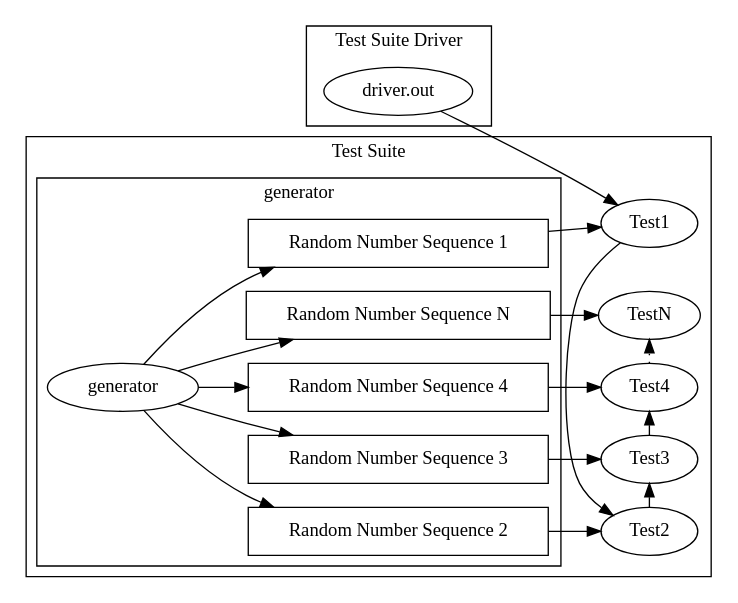
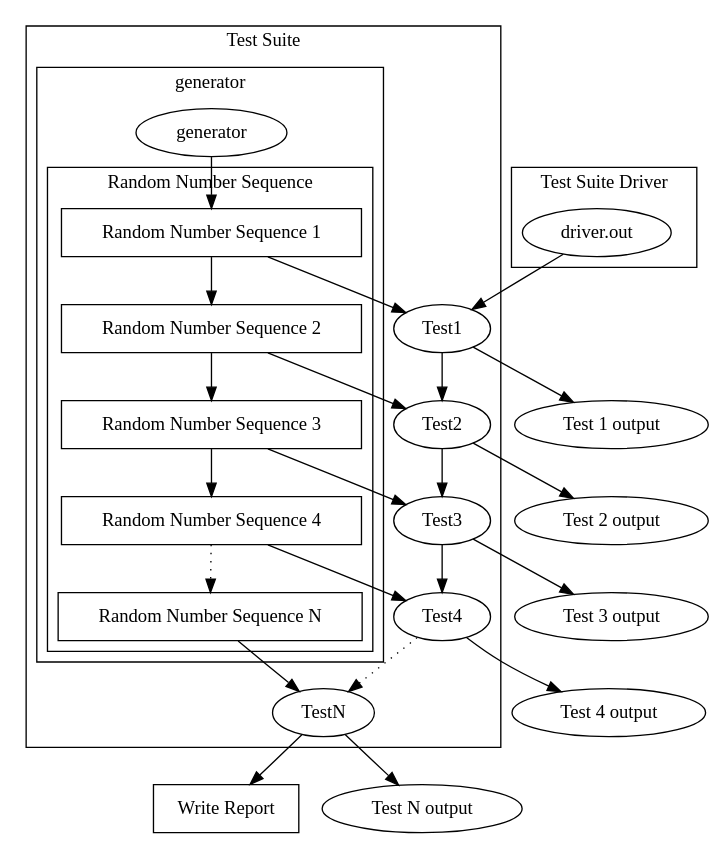
One commit to rski/project-poster changed the diagram in testu01_serial_valid.dot. Above: the diagram before and after it, drawn with Graphviz.

Commit message:
make the sequences a subgraph of generator, add test outputs

```diff
--- a/testu01_serial_valid.dot
+++ b/testu01_serial_valid.dot
@@ -1,38 +1,47 @@
 digraph Testu1_serial {
-  rankdir=LR;
+  Report [ shape = box, label = "Write Report"];
   subgraph cluster_test_suite_driver{
     label = "Test Suite Driver";
     rank = same;
     "driver.out";
     }
   subgraph cluster_test_suite {
     label = "Test Suite";
     rank = same;
     Test1;
-    Test1 -> Test2 [constraint=false];
-    Test2 -> Test3 [constraint=false];
-    Test3 -> Test4 [constraint=false];
-    Test4 -> TestN [constraint=false, style=dotted];
-  subgraph cluster_generator {
-    label = "generator"
-    rank = same;
-    generator [constraint = false] ;
-    randomNumberSeq1 [ shape = box, label = "Random Number Sequence 1" ];
-    randomNumberSeq2 [ shape = box, label = "Random Number Sequence 2" ];
-    randomNumberSeq3 [ shape = box, label = "Random Number Sequence 3" ];
-    randomNumberSeq4 [ shape = box, label = "Random Number Sequence 4" ];
-    randomNumberSeqN [ shape = box, label = "Random Number Sequence N" ];
-    generator -> randomNumberSeq1;
-    generator -> randomNumberSeq2;
-    generator -> randomNumberSeq3;
-    generator -> randomNumberSeq4;
-    generator -> randomNumberSeqN;
-  }
+    Test1 -> Test2
+    Test2 -> Test3
+    Test3 -> Test4
+    Test4 -> TestN [ style = dotted ];
+    subgraph cluster_generator {
+      label = "generator"
+      rank = same;
+      generator [constraint = false] ;
+      subgraph cluster_randomNumberSequence{
+        label = "Random Number Sequence"
+        randomNumberSeq1 [ shape = box, label = "Random Number Sequence 1" ];
+        randomNumberSeq2 [ shape = box, label = "Random Number Sequence 2" ];
+        randomNumberSeq3 [ shape = box, label = "Random Number Sequence 3" ];
+        randomNumberSeq4 [ shape = box, label = "Random Number Sequence 4" ];
+        randomNumberSeqN [ shape = box, label = "Random Number Sequence N" ];
+        randomNumberSeq1 -> randomNumberSeq2;
+        randomNumberSeq2 -> randomNumberSeq3;
+        randomNumberSeq3 -> randomNumberSeq4;
+        randomNumberSeq4 -> randomNumberSeqN [ style = dotted ];
+      }
+    }
   }
   "driver.out" -> Test1;
   randomNumberSeq1 -> Test1;
   randomNumberSeq2 -> Test2;
   randomNumberSeq3 -> Test3;
   randomNumberSeq4 -> Test4;
   randomNumberSeqN -> TestN;
+  generator -> randomNumberSeq1;
+  Test1 -> "Test 1 output"
+  Test2 -> "Test 2 output"
+  Test3 -> "Test 3 output"
+  Test4 -> "Test 4 output"
+  TestN -> "Test N output"
+  TestN -> Report;
 }
```
